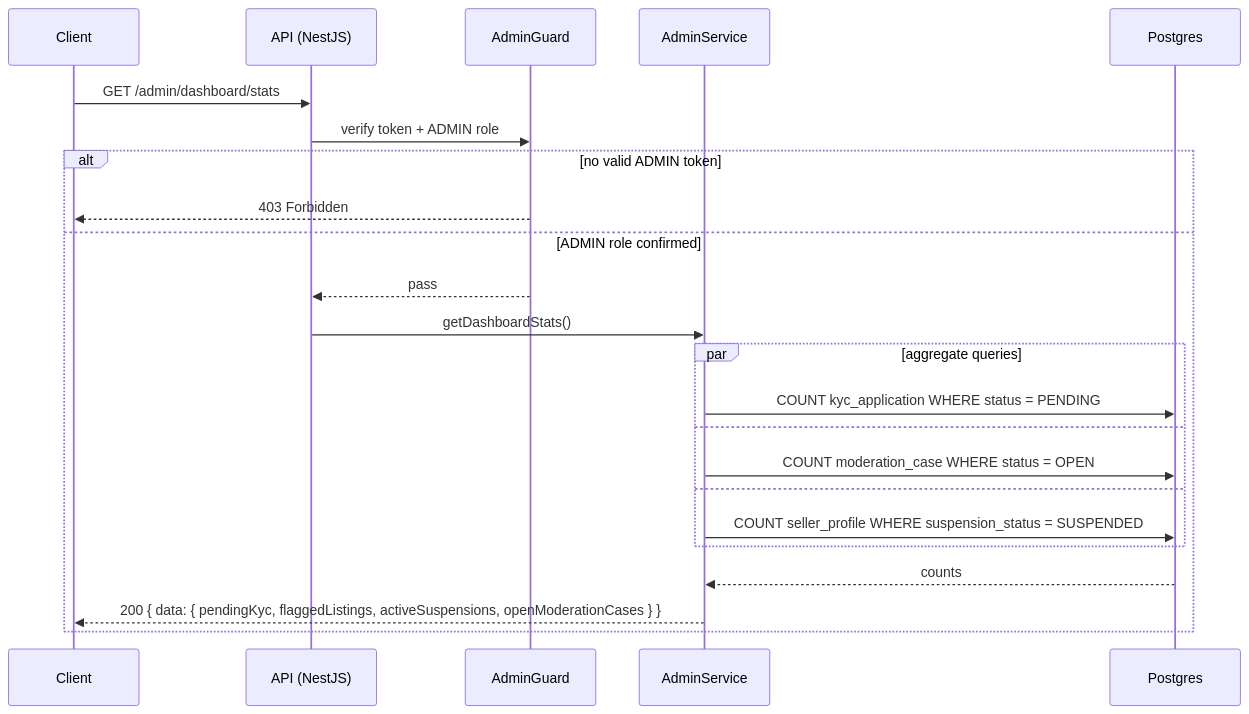
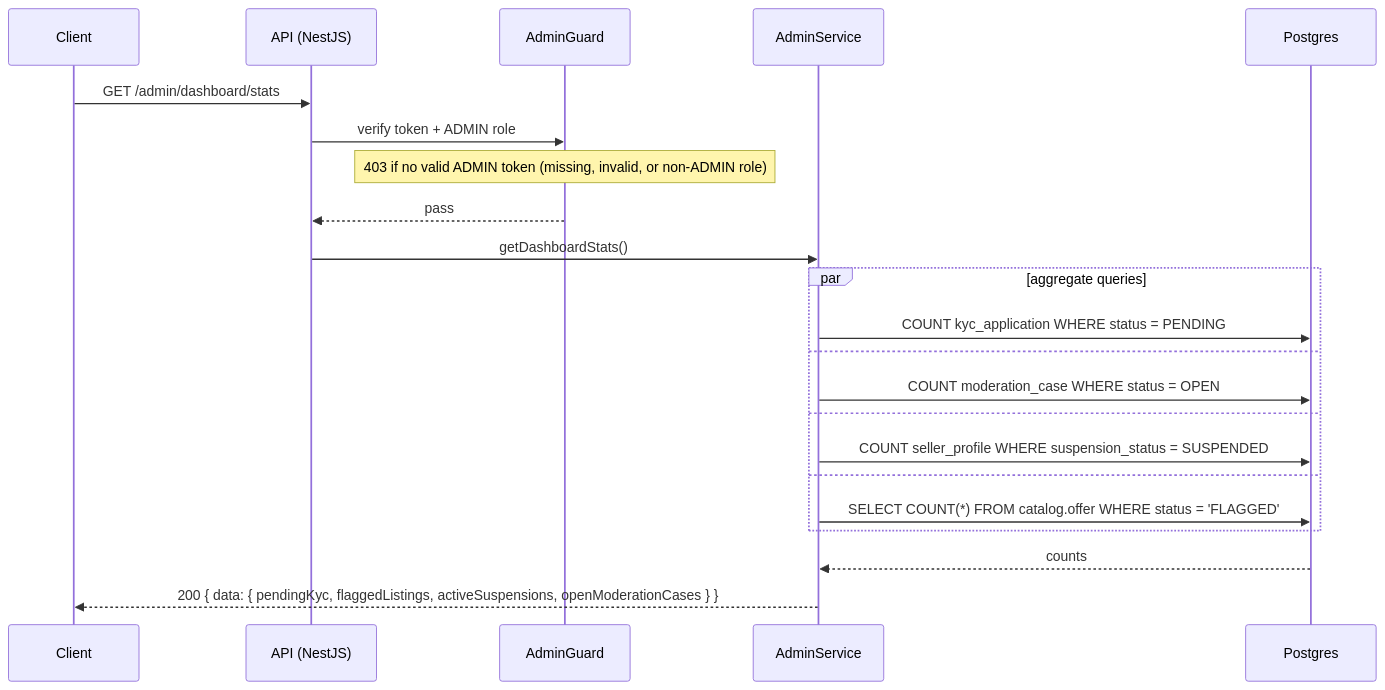
One commit to alisa-uthi/aliceut-ecom-document changed diagram 12 of 12 in phase-1/technical-design/api-design/admin.md. Above: the diagram before and after it, drawn with Mermaid. The commit also changed other lines of this file and 35 other files, not shown here.

````diff
--- a/phase-1/technical-design/api-design/admin.md
+++ b/phase-1/technical-design/api-design/admin.md
@@ -669,26 +667,25 @@
 ```mermaid
 sequenceDiagram
     participant C as Client
     participant API as API (NestJS)
     participant G as AdminGuard
     participant S as AdminService
     participant PG as Postgres
 
     C->>API: GET /admin/dashboard/stats
     API->>G: verify token + ADMIN role
-    alt no valid ADMIN token
-        G-->>C: 403 Forbidden
-    else ADMIN role confirmed
-        G-->>API: pass
-        API->>S: getDashboardStats()
-        par aggregate queries
-            S->>PG: COUNT kyc_application WHERE status = PENDING
-        and
-            S->>PG: COUNT moderation_case WHERE status = OPEN
-        and
-            S->>PG: COUNT seller_profile WHERE suspension_status = SUSPENDED
-        end
-        PG-->>S: counts
-        S-->>C: 200 { data: { pendingKyc, flaggedListings, activeSuspensions, openModerationCases } }
+    Note over G: 403 if no valid ADMIN token (missing, invalid, or non-ADMIN role)
+    G-->>API: pass
+    API->>S: getDashboardStats()
+    par aggregate queries
+        S->>PG: COUNT kyc_application WHERE status = PENDING
+    and
+        S->>PG: COUNT moderation_case WHERE status = OPEN
+    and
+        S->>PG: COUNT seller_profile WHERE suspension_status = SUSPENDED
+    and
+        S->>PG: SELECT COUNT(*) FROM catalog.offer WHERE status = 'FLAGGED'
     end
+    PG-->>S: counts
+    S-->>C: 200 { data: { pendingKyc, flaggedListings, activeSuspensions, openModerationCases } }
 ```
````
